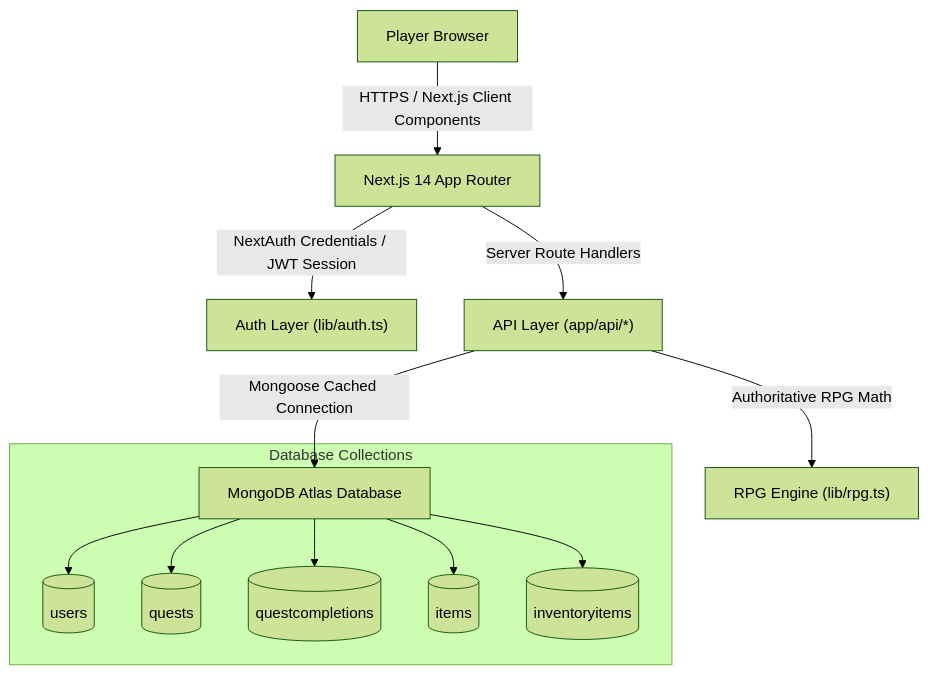
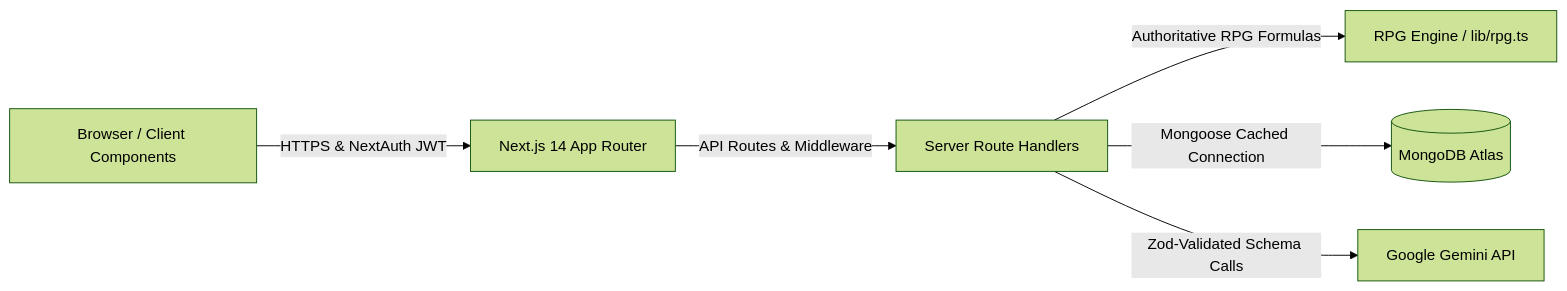
One commit to mohdasif-v1/ascend-life-rpg changed the first of 2 diagrams in README.md. Above: the diagram before and after it, drawn with Mermaid (forest theme). The commit also changed other lines of this file and 14 other files, not shown here.

````diff
--- a/README.md
+++ b/README.md
@@ -76,16 +75,8 @@
 ```mermaid
-graph TD
-    User["Player Browser"] -->|HTTPS / Next.js Client Components| NextApp["Next.js 14 App Router"]
-    NextApp -->|NextAuth Credentials / JWT Session| Auth["Auth Layer (lib/auth.ts)"]
-    NextApp -->|Server Route Handlers| API["API Layer (app/api/*)"]
-    API -->|Authoritative RPG Math| RPG["RPG Engine (lib/rpg.ts)"]
-    API -->|Mongoose Cached Connection| DB["MongoDB Atlas Database"]
-    
-    subgraph Database Collections
-        DB --> Users[("users")]
-        DB --> Quests[("quests")]
-        DB --> Completions[("questcompletions")]
-        DB --> Items[("items")]
-        DB --> Inventory[("inventoryitems")]
-    end
+flowchart LR
+    A[Browser / Client Components] -->|HTTPS & NextAuth JWT| B[Next.js 14 App Router]
+    B -->|API Routes & Middleware| C[Server Route Handlers]
+    C -->|Authoritative RPG Formulas| D[RPG Engine / lib/rpg.ts]
+    C -->|Mongoose Cached Connection| E[(MongoDB Atlas)]
+    C -->|Zod-Validated Schema Calls| F[Google Gemini API]
 ```
````
